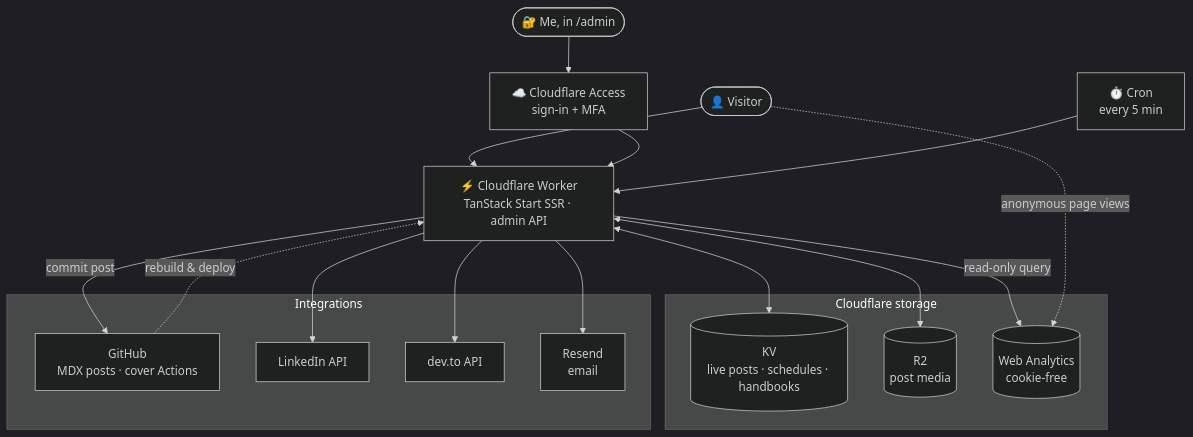
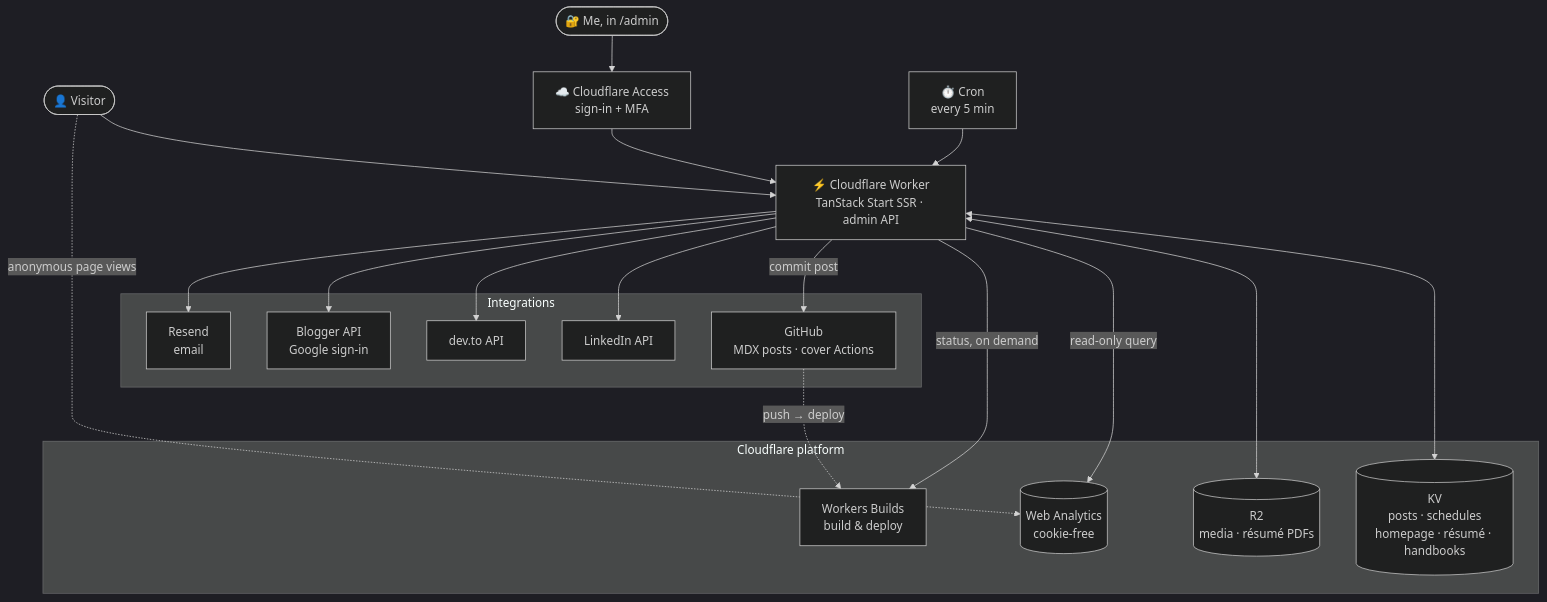
One commit to SUMAN-24/suman-portfolio-showcase changed the first of 4 diagrams in README.md. Above: the diagram before and after it, drawn with Mermaid (dark theme). The commit also changed other lines of this file and 11 other files, not shown here.

Commit message:
Update showcase: Blogger, résumé manager, homepage editor, new screenshots and architecture

````diff
--- a/README.md
+++ b/README.md
@@ -200,34 +250,38 @@
 ```mermaid
 flowchart TB
   V(["👤 Visitor"])
   A(["🔐 Me, in /admin"])
   AC["☁️ Cloudflare Access<br/>sign-in + MFA"]
   CR["⏱️ Cron<br/>every 5 min"]
   W["⚡ Cloudflare Worker<br/>TanStack Start SSR · admin API"]
 
-  subgraph DATA["Cloudflare storage"]
-    KV[("KV<br/>live posts · schedules · handbooks")]
-    R2[("R2<br/>post media")]
+  subgraph CFP["Cloudflare platform"]
+    KV[("KV<br/>posts · schedules<br/>homepage · résumé · handbooks")]
+    R2[("R2<br/>media · résumé PDFs")]
     WA[("Web Analytics<br/>cookie-free")]
+    WB["Workers Builds<br/>build & deploy"]
   end
 
   subgraph EXT["Integrations"]
     GH["GitHub<br/>MDX posts · cover Actions"]
     LI["LinkedIn API"]
     DT["dev.to API"]
+    BL["Blogger API<br/>Google sign-in"]
     RS["Resend<br/>email"]
   end
 
   V --> W
   A --> AC --> W
   CR --> W
   W <--> KV
   W <--> R2
   W -- "read-only query" --> WA
   V -. "anonymous page views" .-> WA
+  W -- "status, on demand" --> WB
   W -- "commit post" --> GH
-  GH -. "rebuild & deploy" .-> W
+  GH -. "push → deploy" .-> WB
   W --> LI
   W --> DT
+  W --> BL
   W --> RS
 ```
````
